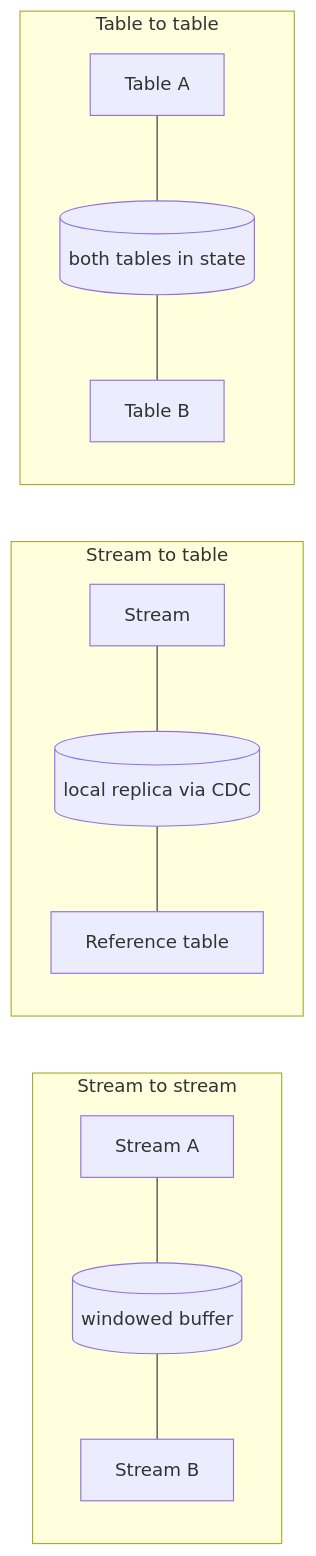
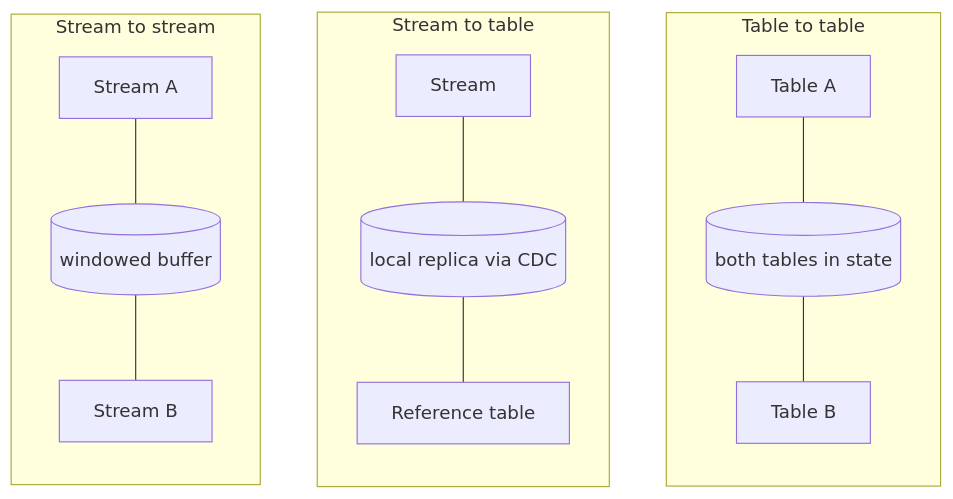
One commit to moradabaz/blog-frontend changed the diagram in src/content/blog/streaming-pill-8-streaming-joins.md. Above: the diagram before and after it, drawn with Mermaid.

Commit message:
Fix Pill 8 Mermaid diagram stacking vertically instead of side by side
The three join-type subgraphs had no edges between them, so Mermaid stacked
them into one very tall column instead of laying them out left to right.
Added invisible links (SS ~~~ ST ~~~ TT) to force the horizontal layout the
diagram was meant to have. Verified with a headless Chrome screenshot on
desktop and mobile viewports.

````diff
--- a/src/content/blog/streaming-pill-8-streaming-joins.md
+++ b/src/content/blog/streaming-pill-8-streaming-joins.md
@@ -93,12 +93,13 @@
 ```mermaid
 flowchart LR
     subgraph SS["Stream to stream"]
         A1["Stream A"] --- Buf1[("windowed buffer")] --- A2["Stream B"]
     end
     subgraph ST["Stream to table"]
         B1["Stream"] --- Buf2[("local replica via CDC")] --- B2["Reference table"]
     end
-subgraph TT["Table to table"]
+    subgraph TT["Table to table"]
         C1["Table A"] --- Buf3[("both tables in state")] --- C2["Table B"]
     end
+    SS ~~~ ST ~~~ TT
 ```
````
